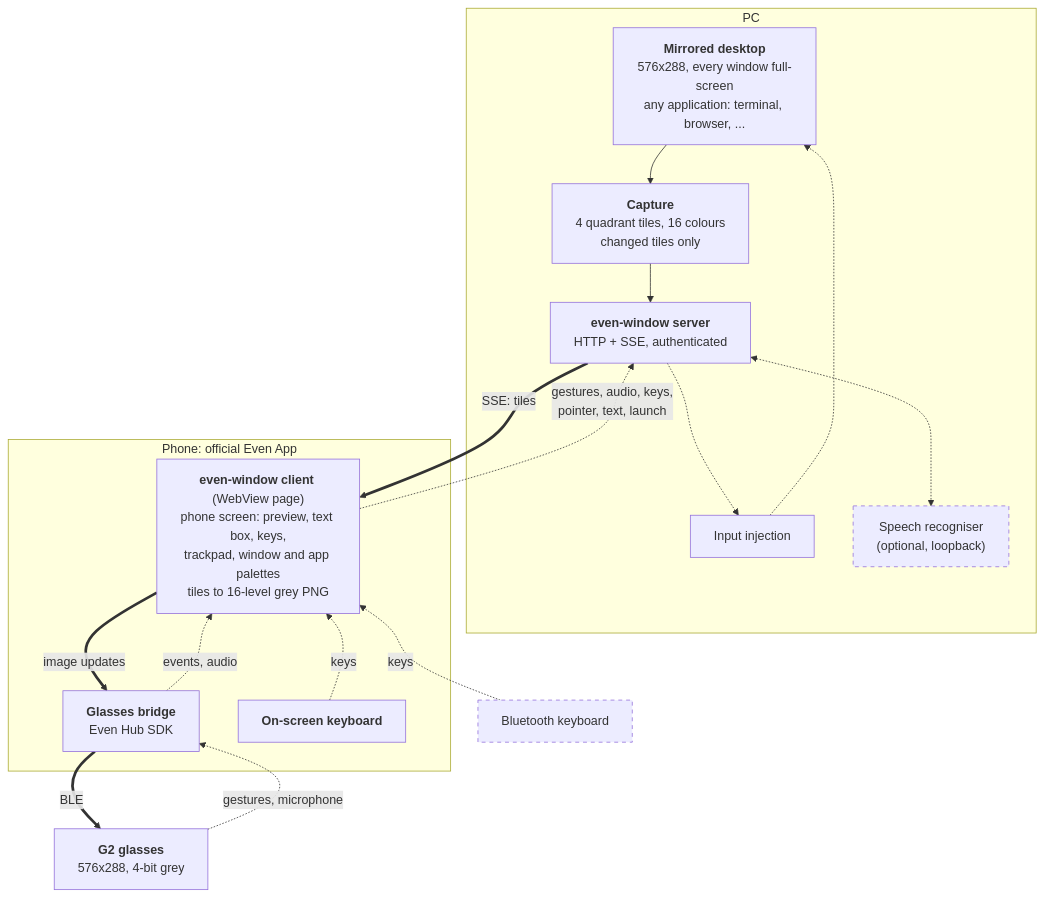
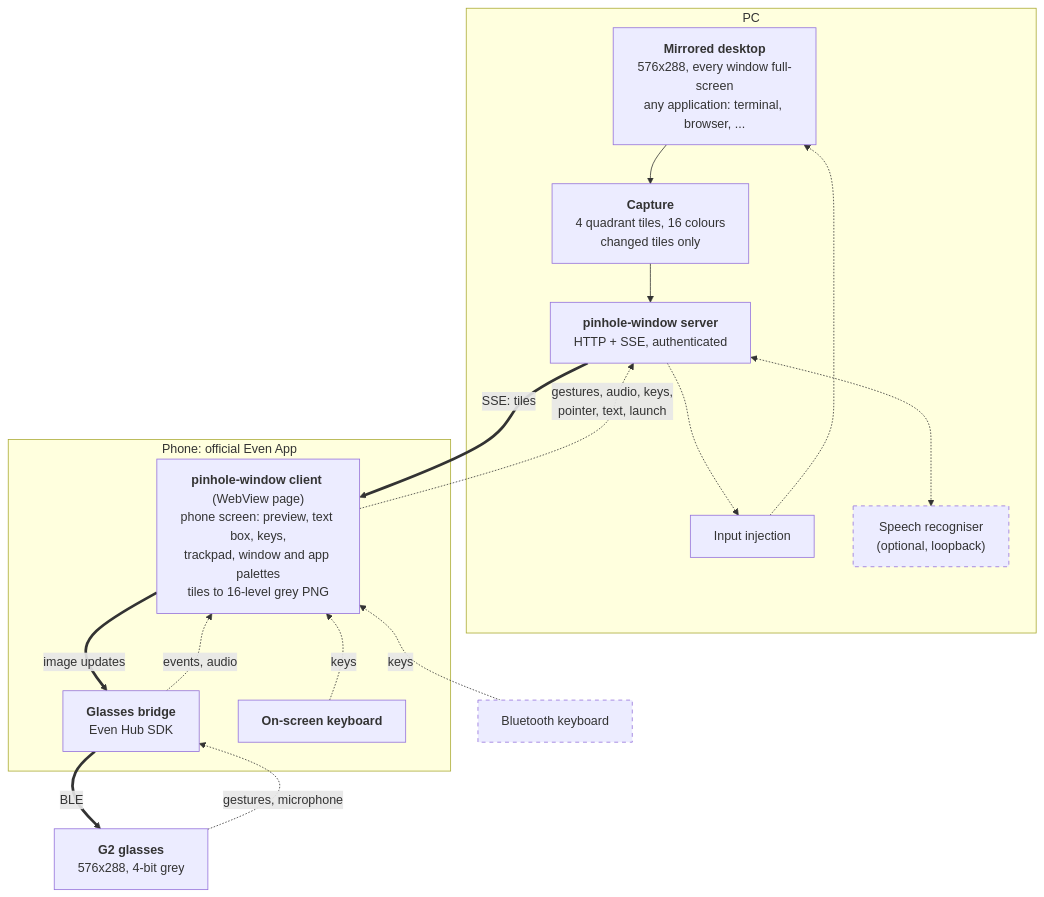
One commit to sunasaji/even-window changed the diagram in README.md. Above: the diagram before and after it, drawn with Mermaid. The commit also changed other lines of this file and 101 other files, not shown here.

First line of the commit message:
chore!: rename the project to pinhole-window

````diff
--- a/README.md
+++ b/README.md
@@ -33,33 +36,33 @@
 ```mermaid
 flowchart TB
   subgraph PC["PC"]
     X["<b>Mirrored desktop</b><br/>576x288, every window full-screen<br/>any application: terminal, browser, ..."]
     CAP["<b>Capture</b><br/>4 quadrant tiles, 16 colours<br/>changed tiles only"]
-    SRV["<b>even-window server</b><br/>HTTP + SSE, authenticated"]
+    SRV["<b>pinhole-window server</b><br/>HTTP + SSE, authenticated"]
     INJ["Input injection"]
     STT["Speech recogniser<br/>(optional, loopback)"]
     X --> CAP --> SRV
     SRV -.-> INJ -.-> X
     SRV <-.-> STT
   end
   subgraph PHONE["Phone: official Even App"]
-    CL["<b>even-window client</b> (WebView page)<br/>phone screen: preview, text box, keys,<br/>trackpad, window and app palettes<br/>tiles to 16-level grey PNG"]
+    CL["<b>pinhole-window client</b> (WebView page)<br/>phone screen: preview, text box, keys,<br/>trackpad, window and app palettes<br/>tiles to 16-level grey PNG"]
     BR["<b>Glasses bridge</b><br/>Even Hub SDK"]
     SK["<b>On-screen keyboard</b>"]
   end
   G2["<b>G2 glasses</b><br/>576x288, 4-bit grey"]
   KB["Bluetooth keyboard"]
   style KB stroke-dasharray: 5 5
   style STT stroke-dasharray: 5 5
 
   SRV == "SSE: tiles" ==> CL
   CL == "image updates" ==> BR
   BR == "BLE" ==> G2
   G2 -. "gestures, microphone" .-> BR
   BR -. "events, audio" .-> CL
   CL ~~~ SK
   SK -. "keys" .-> CL
   CL ~~~ KB
   KB -. "keys" .-> CL
   CL -. "gestures, audio, keys,<br/>pointer, text, launch" .-> SRV
 ```
````
